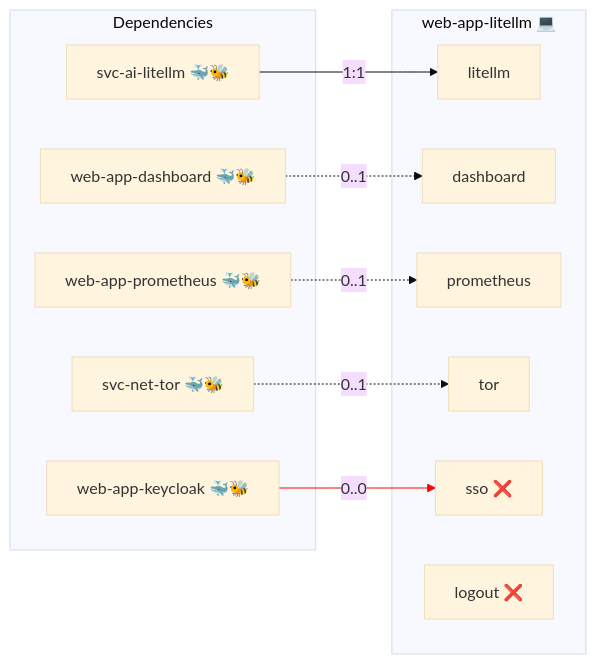
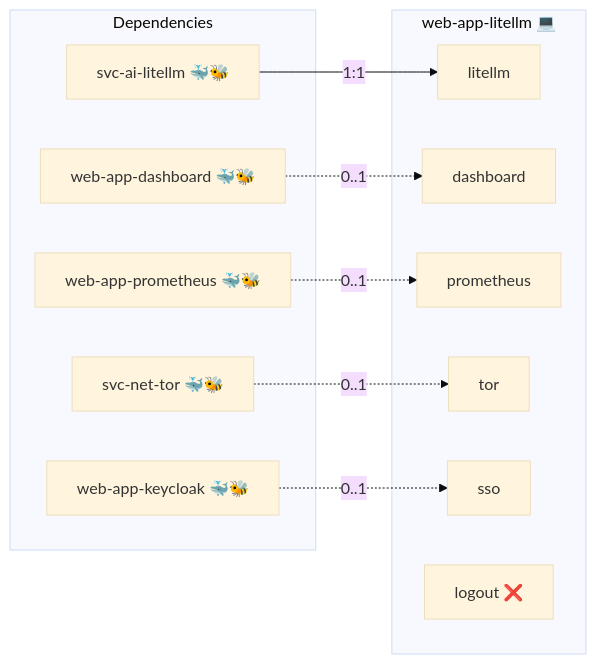
The diagram in roles/web-app-litellm/README.md (infinito-nexus/core), drawn with Mermaid (base theme) before and after one commit. The commit also changed other lines of this file and 13 other files, not shown here.

````diff
--- a/roles/web-app-litellm/README.md
+++ b/roles/web-app-litellm/README.md
@@ -15,24 +15,23 @@
 ```mermaid
 flowchart LR
     subgraph deps [Dependencies]
         dep_svc_ai_litellm["svc-ai-litellm 🐳🐝"]
         dep_svc_net_tor["svc-net-tor 🐳🐝"]
         dep_web_app_dashboard["web-app-dashboard 🐳🐝"]
         dep_web_app_keycloak["web-app-keycloak 🐳🐝"]
         dep_web_app_prometheus["web-app-prometheus 🐳🐝"]
     end
     subgraph role [web-app-litellm 💻]
         svc_litellm["litellm"]
         svc_dashboard["dashboard"]
         svc_prometheus["prometheus"]
         svc_tor["tor"]
-        svc_sso["sso ❌"]
+        svc_sso["sso"]
         svc_logout["logout ❌"]
     end
     dep_svc_ai_litellm -- "1:1" --> svc_litellm
     dep_svc_net_tor -. "0..1" .-> svc_tor
     dep_web_app_dashboard -. "0..1" .-> svc_dashboard
-    dep_web_app_keycloak -- "0..0" --> svc_sso
+    dep_web_app_keycloak -. "0..1" .-> svc_sso
     dep_web_app_prometheus -. "0..1" .-> svc_prometheus
-    linkStyle 3 stroke:red;
 ```
````
